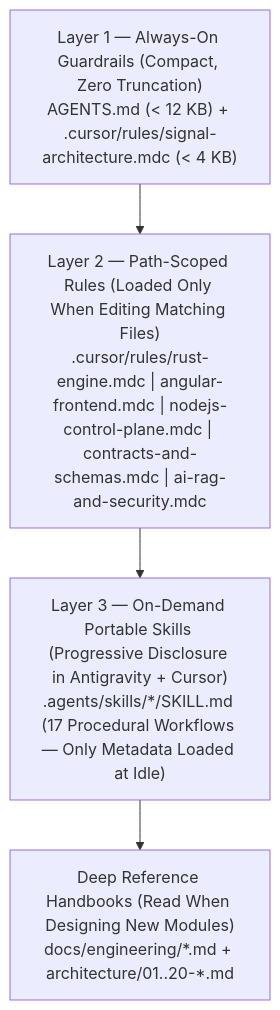
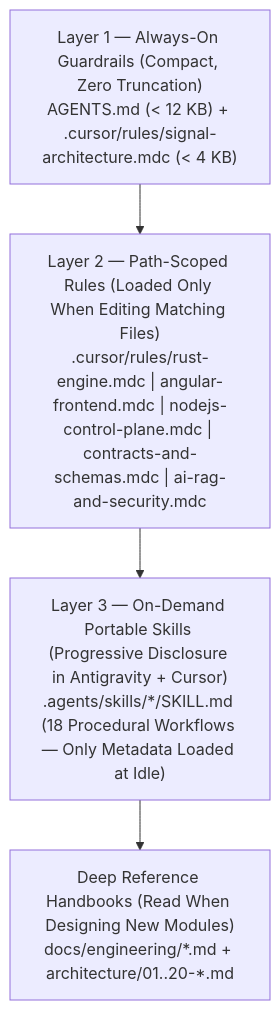
The diagram in docs/engineering/README.md (the-code-master/signal), drawn with Mermaid before and after one commit. The commit also changed other lines of this file and 17 other files, not shown here.

````diff
--- a/docs/engineering/README.md
+++ b/docs/engineering/README.md
@@ -11,11 +11,11 @@
 ```mermaid
 flowchart TB
     L1["Layer 1 — Always-On Guardrails (Compact, Zero Truncation)\nAGENTS.md (< 12 KB) + .cursor/rules/signal-architecture.mdc (< 4 KB)"]
     L2["Layer 2 — Path-Scoped Rules (Loaded Only When Editing Matching Files)\n.cursor/rules/rust-engine.mdc | angular-frontend.mdc | nodejs-control-plane.mdc | contracts-and-schemas.mdc | ai-rag-and-security.mdc"]
-    L3["Layer 3 — On-Demand Portable Skills (Progressive Disclosure in Antigravity + Cursor)\n.agents/skills/*/SKILL.md (17 Procedural Workflows — Only Metadata Loaded at Idle)"]
+    L3["Layer 3 — On-Demand Portable Skills (Progressive Disclosure in Antigravity + Cursor)\n.agents/skills/*/SKILL.md (18 Procedural Workflows — Only Metadata Loaded at Idle)"]
     Ref["Deep Reference Handbooks (Read When Designing New Modules)\ndocs/engineering/*.md + architecture/01..20-*.md"]
 
     L1 --> L2
     L2 --> L3
     L3 --> Ref
 ```
````
